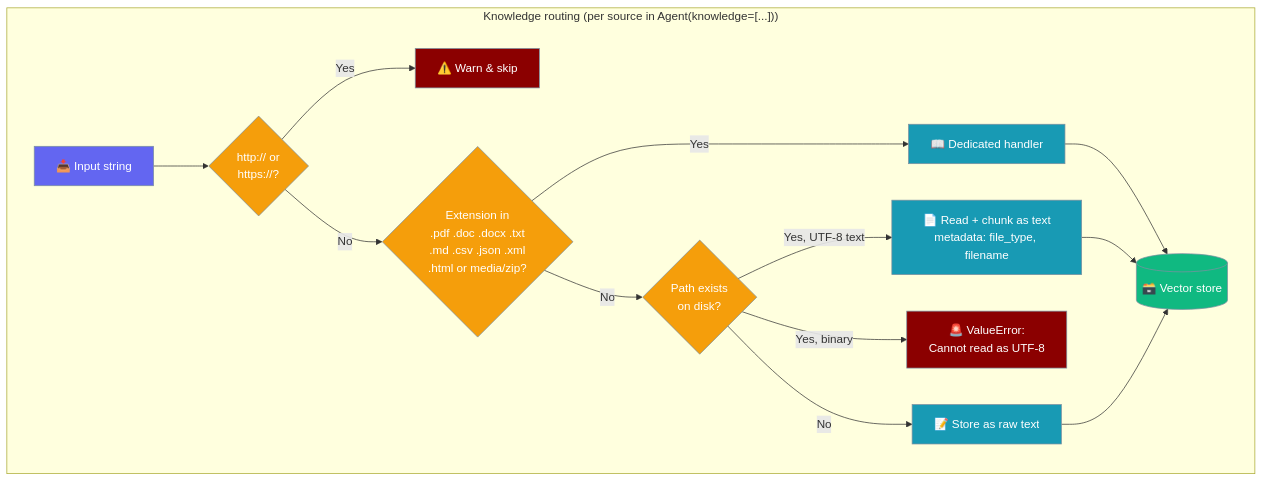
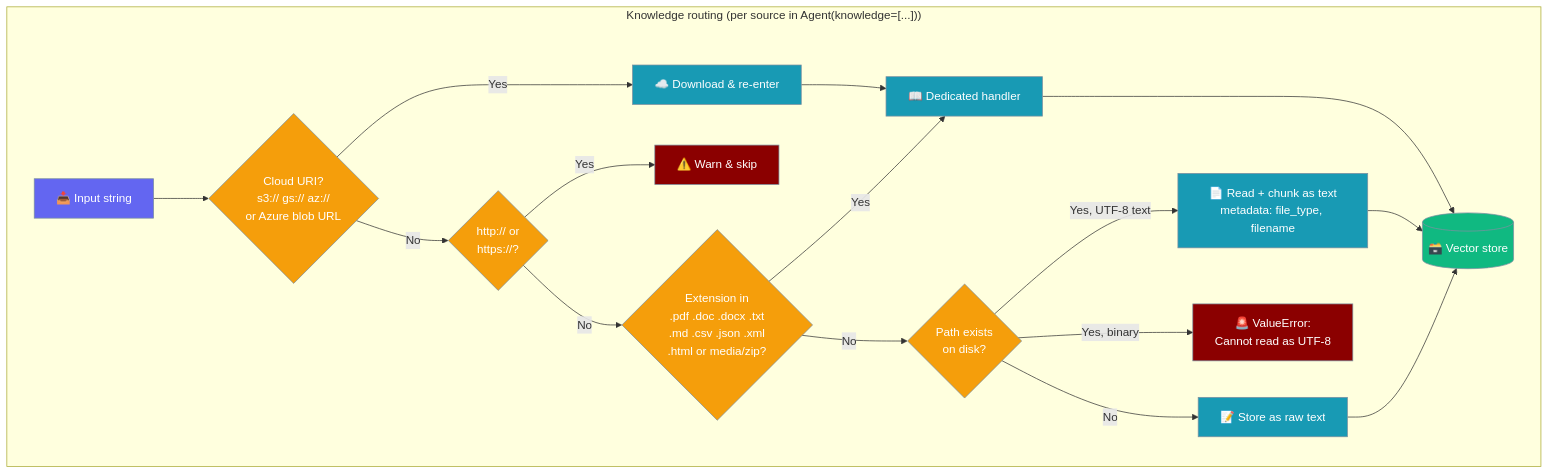
One commit to MervinPraison/PraisonAIDocs changed the diagram in docs/features/knowledge-source-types.mdx. Above: the diagram before and after it, drawn with Mermaid. The commit also changed other lines of this file and 4 other files, not shown here.

Commit message:
docs: document cloud object storage knowledge sources (S3, GCS, Azure Blob) (fixes #4055)

````diff
--- a/docs/features/knowledge-source-types.mdx
+++ b/docs/features/knowledge-source-types.mdx
@@ -21,28 +21,31 @@
 ```mermaid
 graph TB
     subgraph "Knowledge routing (per source in Agent(knowledge=[...]))"
-        In[📥 Input string] --> IsURL{http:// or<br/>https://?}
+        In[📥 Input string] --> IsCloud{Cloud URI?<br/>s3:// gs:// az://<br/>or Azure blob URL}
+        IsCloud -->|Yes| Cloud[☁️ Download & re-enter]
+        IsCloud -->|No| IsURL{http:// or<br/>https://?}
         IsURL -->|Yes| Skip[⚠️ Warn & skip]
         IsURL -->|No| KnownExt{Extension in<br/>.pdf .doc .docx .txt<br/>.md .csv .json .xml<br/>.html or media/zip?}
         KnownExt -->|Yes| Handler[📖 Dedicated handler]
         KnownExt -->|No| Exists{Path exists<br/>on disk?}
         Exists -->|Yes, UTF-8 text| ReadText[📄 Read + chunk as text<br/>metadata: file_type, filename]
         Exists -->|Yes, binary| Raise1[🚨 ValueError:<br/>Cannot read as UTF-8]
         Exists -->|No| RawText[📝 Store as raw text]
+        Cloud --> Handler
         Handler --> Store[(🗃️ Vector store)]
         ReadText --> Store
         RawText --> Store
     end
 
     classDef in fill:#6366F1,stroke:#7C90A0,color:#fff
     classDef decision fill:#F59E0B,stroke:#7C90A0,color:#fff
     classDef process fill:#189AB4,stroke:#7C90A0,color:#fff
     classDef warn fill:#8B0000,stroke:#7C90A0,color:#fff
     classDef store fill:#10B981,stroke:#7C90A0,color:#fff
 
     class In in
-    class IsURL,KnownExt,Exists decision
-    class Handler,ReadText,RawText process
+    class IsCloud,IsURL,KnownExt,Exists decision
+    class Cloud,Handler,ReadText,RawText process
     class Skip,Raise1 warn
     class Store store
 ```
````
